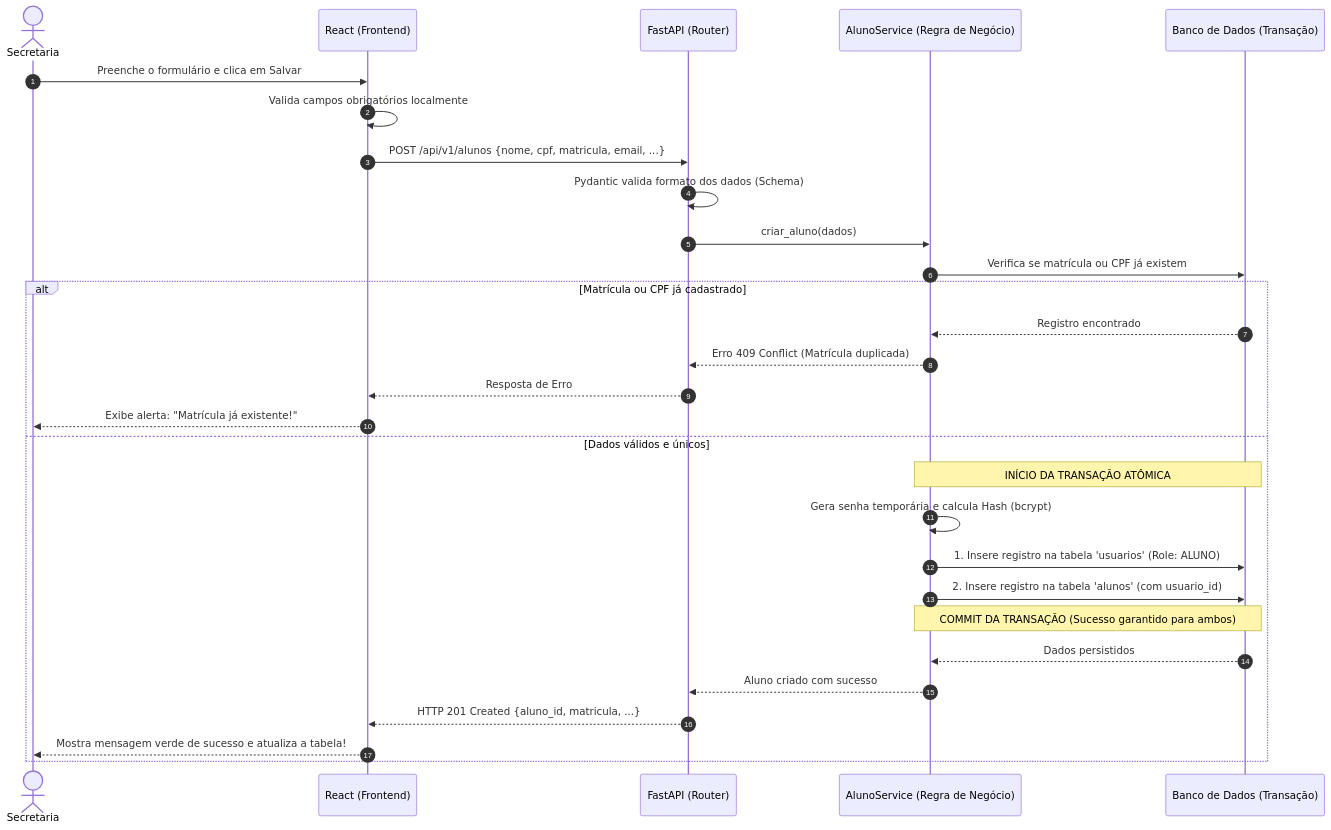
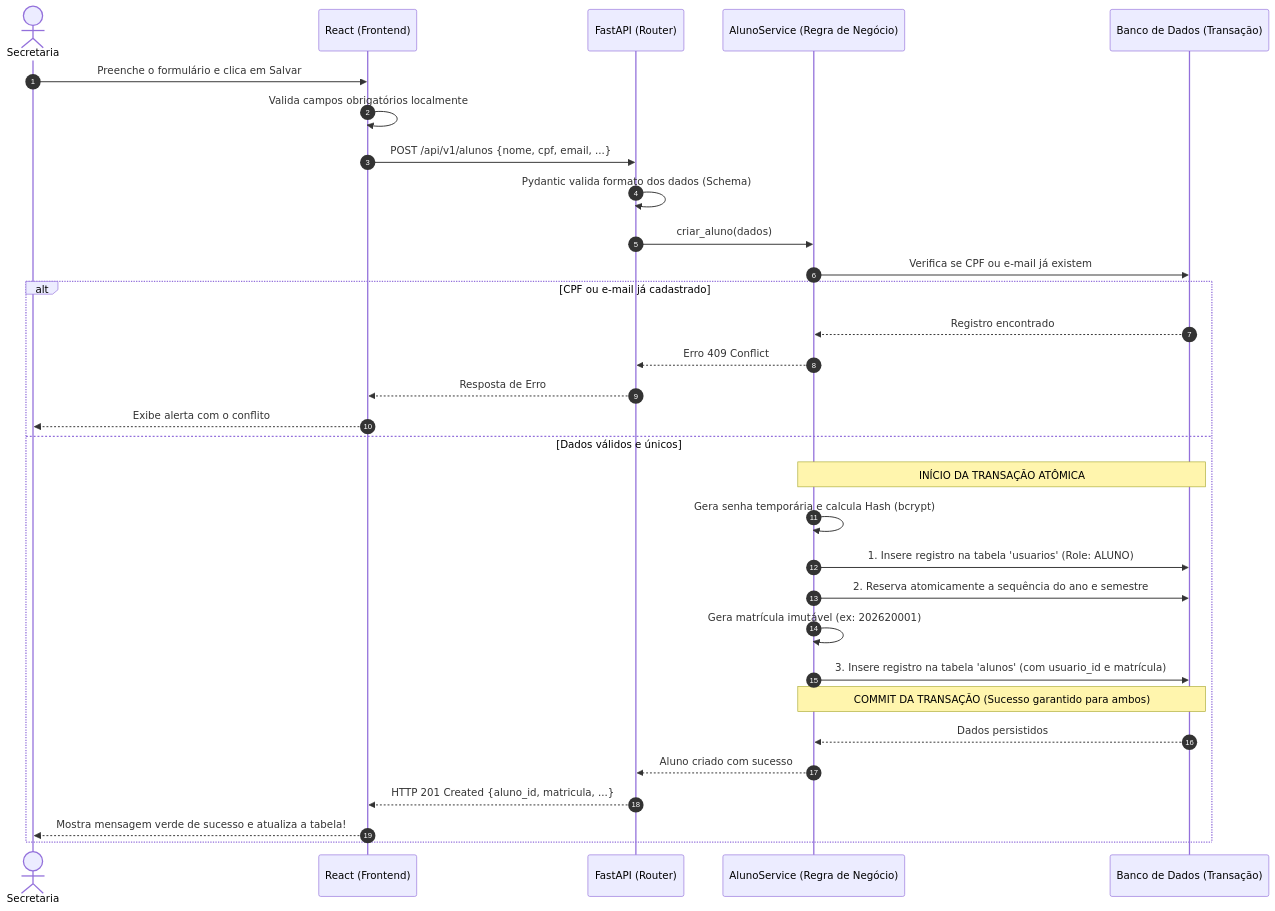
One commit to lucianosouza07/gl4-sga-edu changed the third of 4 diagrams in docs/arquitetura_cadastro_alunos.md. Above: the diagram before and after it, drawn with Mermaid. The commit also changed other lines of this file and 15 other files, not shown here.

````diff
--- a/docs/arquitetura_cadastro_alunos.md
+++ b/docs/arquitetura_cadastro_alunos.md
@@ -134,33 +144,35 @@
 ```mermaid
 sequenceDiagram
     autonumber
     actor Sec as Secretaria
     participant Front as React (Frontend)
     participant API as FastAPI (Router)
     participant Svc as AlunoService (Regra de Negócio)
     participant DB as Banco de Dados (Transação)
 
     Sec->>Front: Preenche o formulário e clica em Salvar
     Front->>Front: Valida campos obrigatórios localmente
-    Front->>API: POST /api/v1/alunos {nome, cpf, matricula, email, ...}
+    Front->>API: POST /api/v1/alunos {nome, cpf, email, ...}
     API->>API: Pydantic valida formato dos dados (Schema)
     API->>Svc: criar_aluno(dados)
     
-    Svc->>DB: Verifica se matrícula ou CPF já existem
-    alt Matrícula ou CPF já cadastrado
+    Svc->>DB: Verifica se CPF ou e-mail já existem
+    alt CPF ou e-mail já cadastrado
         DB-->>Svc: Registro encontrado
-        Svc-->>API: Erro 409 Conflict (Matrícula duplicada)
+        Svc-->>API: Erro 409 Conflict
         API-->>Front: Resposta de Erro
-        Front-->>Sec: Exibe alerta: "Matrícula já existente!"
+        Front-->>Sec: Exibe alerta com o conflito
     else Dados válidos e únicos
         Note over Svc,DB: INÍCIO DA TRANSAÇÃO ATÔMICA
         Svc->>Svc: Gera senha temporária e calcula Hash (bcrypt)
         Svc->>DB: 1. Insere registro na tabela 'usuarios' (Role: ALUNO)
-        Svc->>DB: 2. Insere registro na tabela 'alunos' (com usuario_id)
+        Svc->>DB: 2. Reserva atomicamente a sequência do ano e semestre
+        Svc->>Svc: Gera matrícula imutável (ex: 202620001)
+        Svc->>DB: 3. Insere registro na tabela 'alunos' (com usuario_id e matrícula)
         Note over Svc,DB: COMMIT DA TRANSAÇÃO (Sucesso garantido para ambos)
         DB-->>Svc: Dados persistidos
         Svc-->>API: Aluno criado com sucesso
         API-->>Front: HTTP 201 Created {aluno_id, matricula, ...}
         Front-->>Sec: Mostra mensagem verde de sucesso e atualiza a tabela!
     end
 ```
````
